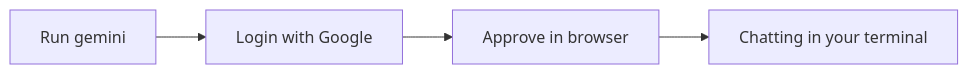
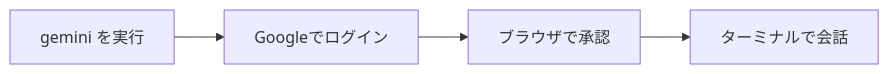
Before and after one commit to KakkoiDev/izumo-io: the diagram in content/ai/a02.ja.md, drawn with Mermaid. The commit also changed 47 other files, not shown here.

First line of the commit message:
Translate mermaid diagram labels to JA + PT in AI lessons

````diff
--- a/content/ai/a02.ja.md
+++ b/content/ai/a02.ja.md
@@ -49,6 +49,6 @@
 ```mermaid
 flowchart LR
-    A[Run gemini] --> B[Login with Google]
-    B --> C[Approve in browser]
-    C --> D[Chatting in your terminal]
+    A[gemini を実行] --> B[Googleでログイン]
+    B --> C[ブラウザで承認]
+    C --> D[ターミナルで会話]
 ```
````
